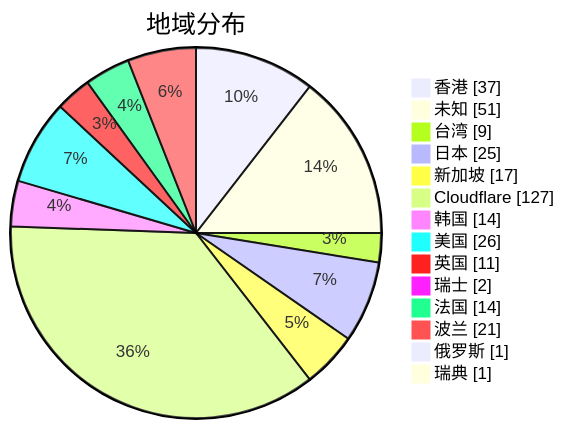
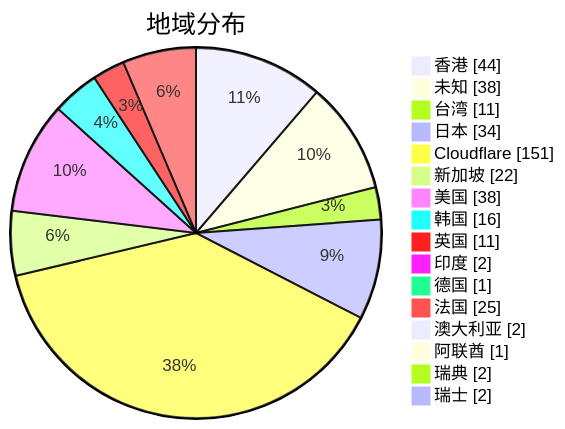
Before and after one commit to qjlxg/airport: the second of 3 diagrams in subs/statistics/tested_within.md, drawn with Mermaid. The commit also changed other lines of this file and 2 other files, not shown here.

Commit message:
Tested by metaST

````diff
--- a/subs/statistics/tested_within.md
+++ b/subs/statistics/tested_within.md
@@ -13,18 +13,20 @@
 ```mermaid
 pie showData
 title 地域分布
-"香港" : 37
-"未知" : 51
-"台湾" : 9
-"日本" : 25
-"新加坡" : 17
-"Cloudflare" : 127
-"韩国" : 14
-"美国" : 26
+"香港" : 44
+"未知" : 38
+"台湾" : 11
+"日本" : 34
+"Cloudflare" : 151
+"新加坡" : 22
+"美国" : 38
+"韩国" : 16
 "英国" : 11
+"印度" : 2
+"德国" : 1
+"法国" : 25
+"澳大利亚" : 2
+"阿联酋" : 1
+"瑞典" : 2
 "瑞士" : 2
-"法国" : 14
-"波兰" : 21
-"俄罗斯" : 1
-"瑞典" : 1
 ```
````
